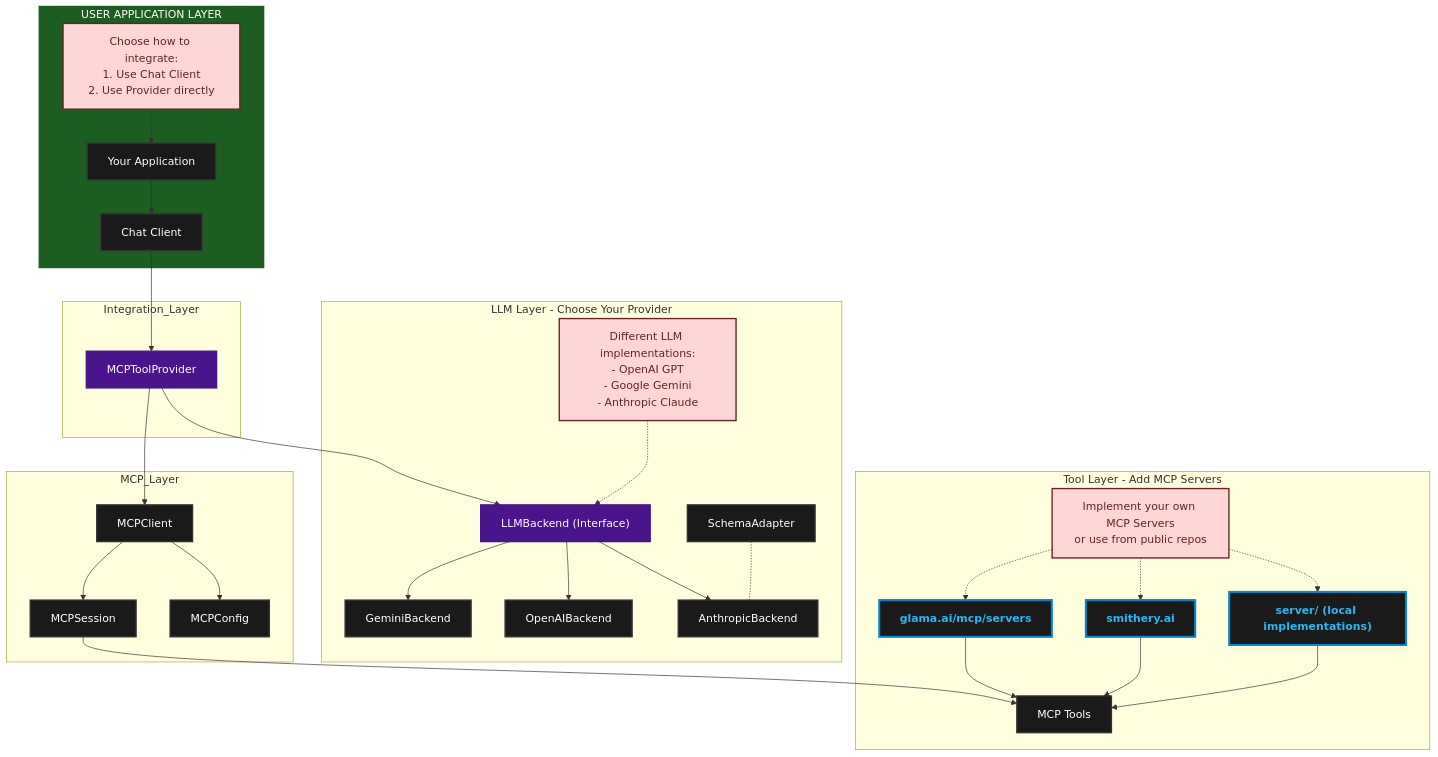
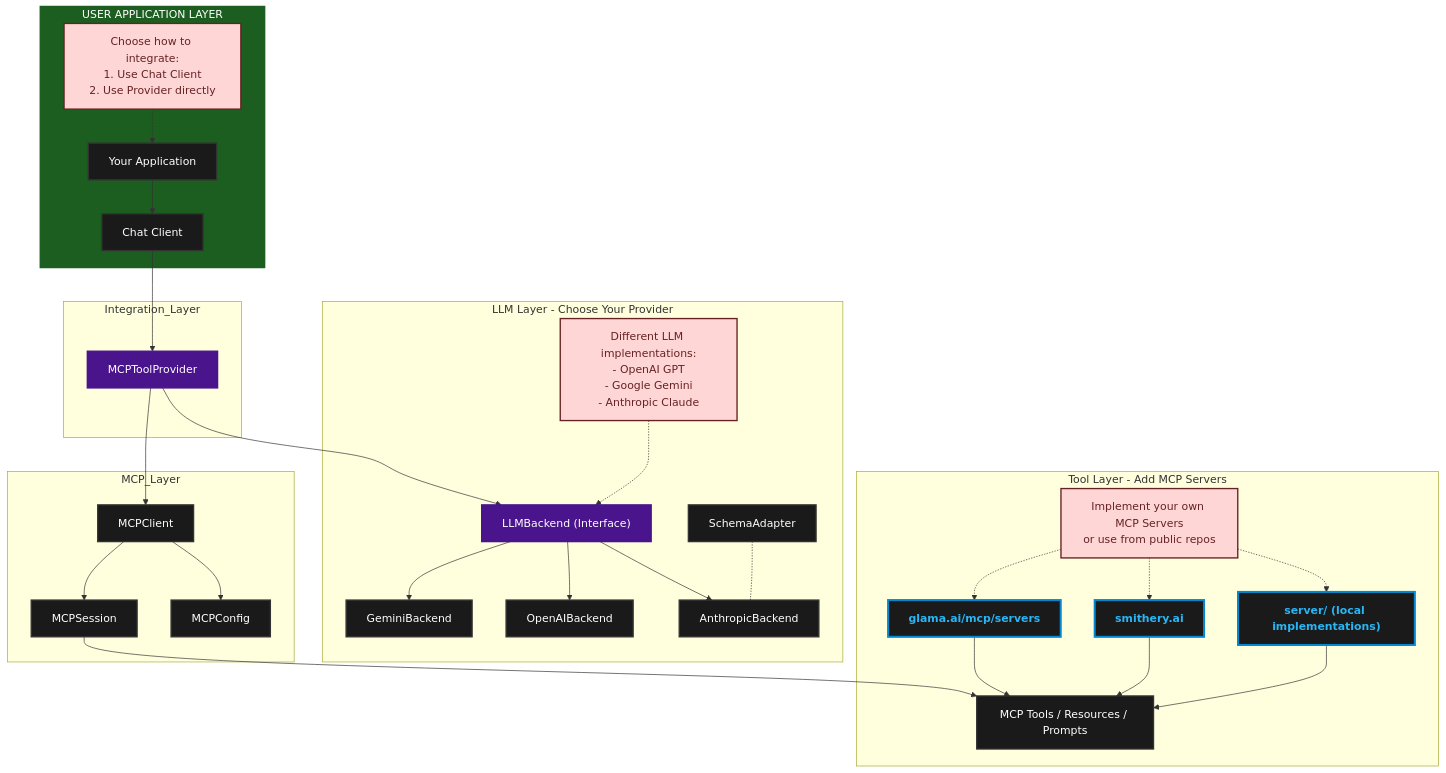
Before and after one commit to beanone/agentical: the diagram in README.md, drawn with Mermaid. The commit also changed 1 other file, not shown here.

Commit message:
Updated diagram and coverage.yml

````diff
--- a/README.md
+++ b/README.md
@@ -154,73 +154,73 @@
 ```mermaid
 graph TD
     subgraph Application_Layer["USER APPLICATION LAYER"]
         App[Your Application]
         Chat[Chat Client]
         App --> Chat
         note1[Choose how to integrate:<br/>1. Use Chat Client<br/>2. Use Provider directly]
         note1 -.-> App
     end
 
     subgraph Integration_Layer
         Provider[MCPToolProvider]
         Chat --> Provider
     end
 
     subgraph MCP_Layer
         MCP[MCPClient]
         Session[MCPSession]
         Config[MCPConfig]
         MCP --> Session
         MCP --> Config
         Provider --> MCP
     end
 
     subgraph LLM_Layer[LLM Layer - Choose Your Provider]
         LLMBackend["LLMBackend (Interface)"]
         Adapter[SchemaAdapter]
 
         Gemini[GeminiBackend]
         OpenAI[OpenAIBackend]
         Anthropic[AnthropicBackend]
 
         LLMBackend --> Gemini
         LLMBackend --> OpenAI
         LLMBackend --> Anthropic
         Adapter -.- Anthropic
         Provider --> LLMBackend
 
         note2[Different LLM implementations:<br/>- OpenAI GPT<br/>- Google Gemini<br/>- Anthropic Claude]
         note2 -.-> LLMBackend
     end
 
     subgraph Tool_Layer[Tool Layer - Add MCP Servers]
-        Tools[MCP Tools]
+        Tools[MCP Tools / Resources / Prompts]
         Session --> Tools
         GlamaLink["glama.ai/mcp/servers"]
         SmitheryLink["smithery.ai"]
         CustomTools["server/ (local implementations)"]
         note3[Implement your own MCP Servers<br/>or use from public repos]
         note3 -.-> GlamaLink
         note3 -.-> SmitheryLink
         note3 -.-> CustomTools
         GlamaLink --> Tools
         SmitheryLink --> Tools
         CustomTools --> Tools
     end
 
     classDef default fill:#1a1a1a,stroke:#333,stroke-width:2px,color:#fff;
     classDef focus fill:#4a148c,stroke:#4a148c,stroke-width:2px,color:#fff;
     classDef active fill:#1b5e20,stroke:#1b5e20,stroke-width:2px,color:#fff;
     classDef note fill:#ffd6d6,stroke:#662222,stroke-width:2px,color:#662222;
     classDef link fill:#1a1a1a,stroke:#0288d1,stroke-width:3px,color:#29b6f6,font-weight:bold;
 
     class App,Chat,MCP,Session,Config,Adapter,Gemini,OpenAI,Anthropic,Tools default;
     class Provider,LLMBackend focus;
     class note1,note2,note3 note;
     class Application_Layer active;
     class GlamaLink,SmitheryLink,CustomTools link;
 
     click GlamaLink "https://glama.ai/mcp/servers" _blank
     click SmitheryLink "https://smithery.ai" _blank
     click CustomTools "https://github.com/beanone/agentical/tree/main/server" _blank
 ```
````
